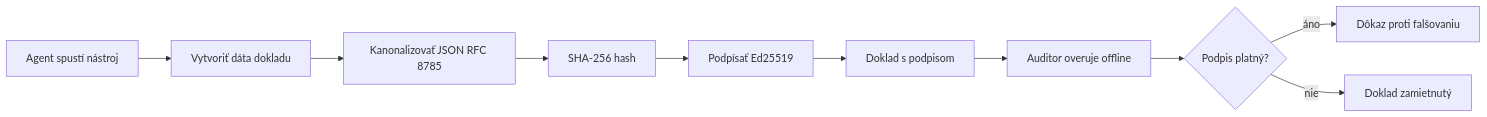
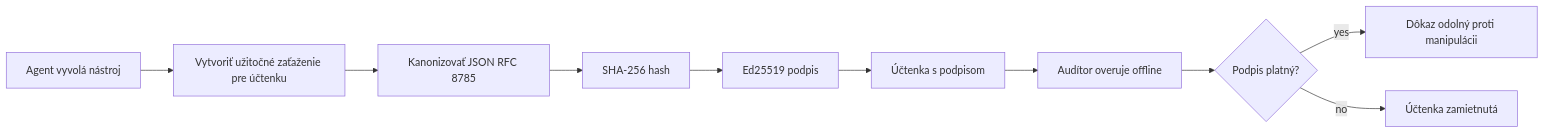
Before and after one commit to microsoft/ai-agents-for-beginners: the first of 2 diagrams in translations/sk/18-securing-ai-agents/README.md, drawn with Mermaid. The commit also changed other lines of this file and 223 other files, not shown here.

````diff
--- a/translations/sk/18-securing-ai-agents/README.md
+++ b/translations/sk/18-securing-ai-agents/README.md
@@ -51,12 +51,12 @@
 ```mermaid
 flowchart LR
-    A[Agent spustí nástroj] --> B[Vytvoriť dáta dokladu]
-    B --> C[Kanonalizovať JSON RFC 8785]
+    A[Agent vyvolá nástroj] --> B[Vytvoriť užitočné zaťaženie pre účtenku]
+    B --> C[Kanonizovať JSON RFC 8785]
     C --> D[SHA-256 hash]
-    D --> E[Podpísať Ed25519]
-    E --> F[Doklad s podpisom]
-    F --> G[Auditor overuje offline]
+    D --> E[Ed25519 podpis]
+    E --> F[Účtenka s podpisom]
+    F --> G[Audítor overuje offline]
     G --> H{Podpis platný?}
-    H -- áno --> I[Dôkaz proti falšovaniu]
-    H -- nie --> J[Doklad zamietnutý]
+    H -- yes --> I[Dôkaz odolný proti manipulácii]
+    H -- no --> J[Účtenka zamietnutá]
 ```
````
